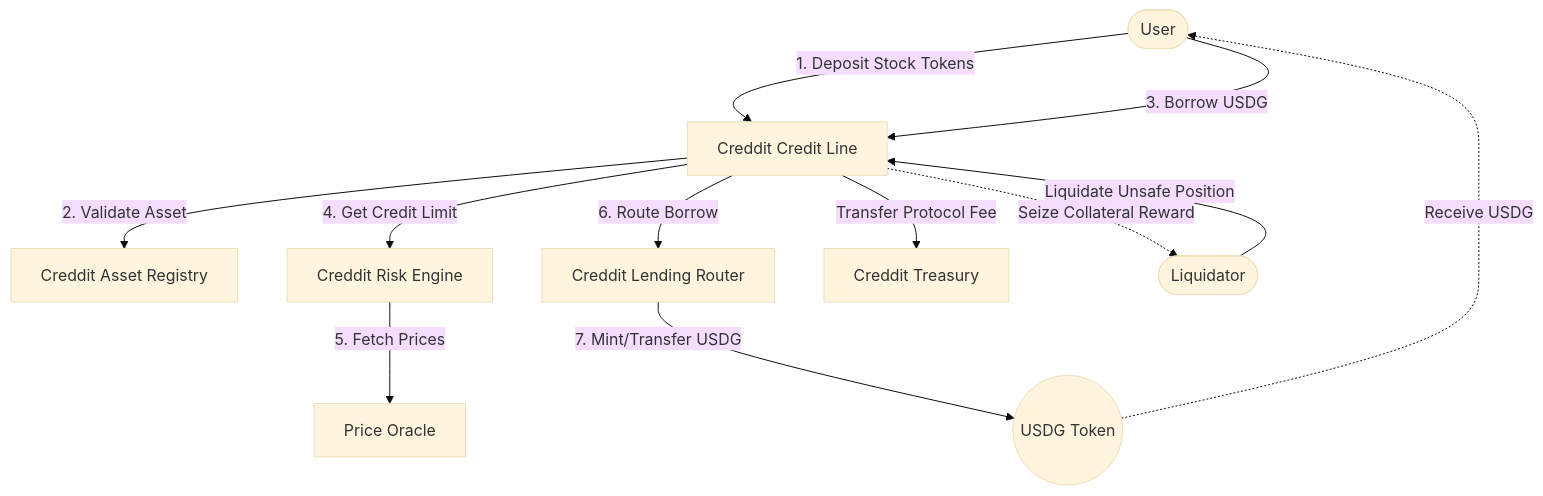
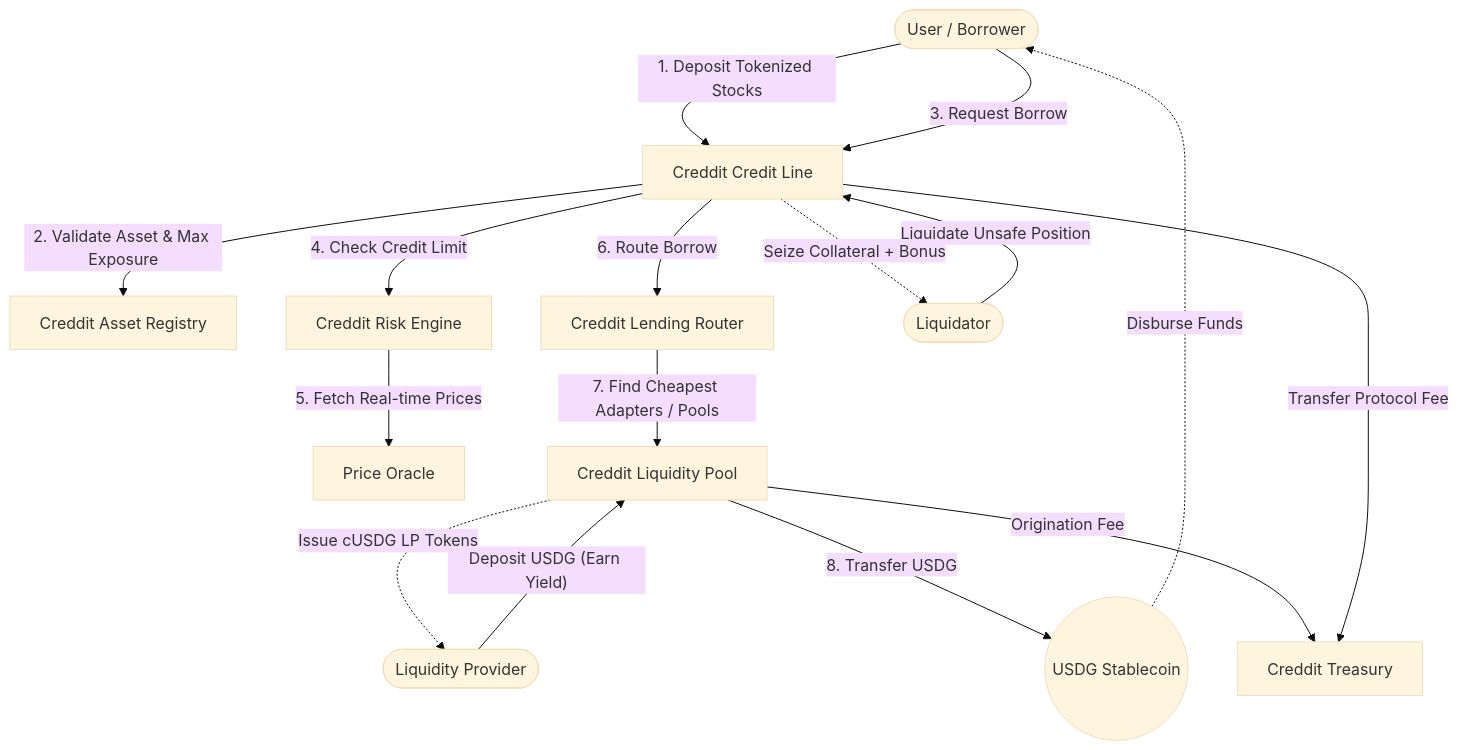
The diagram in README.md (Apexloaded/creddit-link), drawn with Mermaid (base theme) before and after one commit. The commit also changed other lines of this file and 1 other file, not shown here.

````diff
--- a/README.md
+++ b/README.md
@@ -28,25 +25,33 @@
 ```mermaid
 graph TD
-    User([User])
+    User([User / Borrower])
+    LP([Liquidity Provider])
+    CreditLine[Creddit Credit Line]
     Registry[Creddit Asset Registry]
     Risk[Creddit Risk Engine]
     Oracle[Price Oracle]
-    CreditLine[Creddit Credit Line]
     Router[Creddit Lending Router]
-    USDG((USDG Token))
+    Pool[Creddit Liquidity Pool]
+    USDG((USDG Stablecoin))
     Treasury[Creddit Treasury]
     Liquidator([Liquidator])
 
-    User -- "1. Deposit Stock Tokens" --> CreditLine
-    CreditLine -- "2. Validate Asset" --> Registry
-    User -- "3. Borrow USDG" --> CreditLine
-    CreditLine -- "4. Get Credit Limit" --> Risk
-    Risk -- "5. Fetch Prices" --> Oracle
+    LP -- "Deposit USDG (Earn Yield)" --> Pool
+    Pool -. "Issue cUSDG LP Tokens" .-> LP
+
+    User -- "1. Deposit Tokenized Stocks" --> CreditLine
+    CreditLine -- "2. Validate Asset & Max Exposure" --> Registry
+    User -- "3. Request Borrow" --> CreditLine
+    CreditLine -- "4. Check Credit Limit" --> Risk
+    Risk -- "5. Fetch Real-time Prices" --> Oracle
+
     CreditLine -- "6. Route Borrow" --> Router
-    Router -- "7. Mint/Transfer USDG" --> USDG
-    USDG -. "Receive USDG" .-> User
+    Router -- "7. Find Cheapest Adapters / Pools" --> Pool
+    Pool -- "8. Transfer USDG" --> USDG
+    USDG -. "Disburse Funds" .-> User
+    Pool -- "Origination Fee" --> Treasury
 
     Liquidator -- "Liquidate Unsafe Position" --> CreditLine
     CreditLine -- "Transfer Protocol Fee" --> Treasury
-    CreditLine -. "Seize Collateral Reward" .-> Liquidator
+    CreditLine -. "Seize Collateral + Bonus" .-> Liquidator
 ```
````
